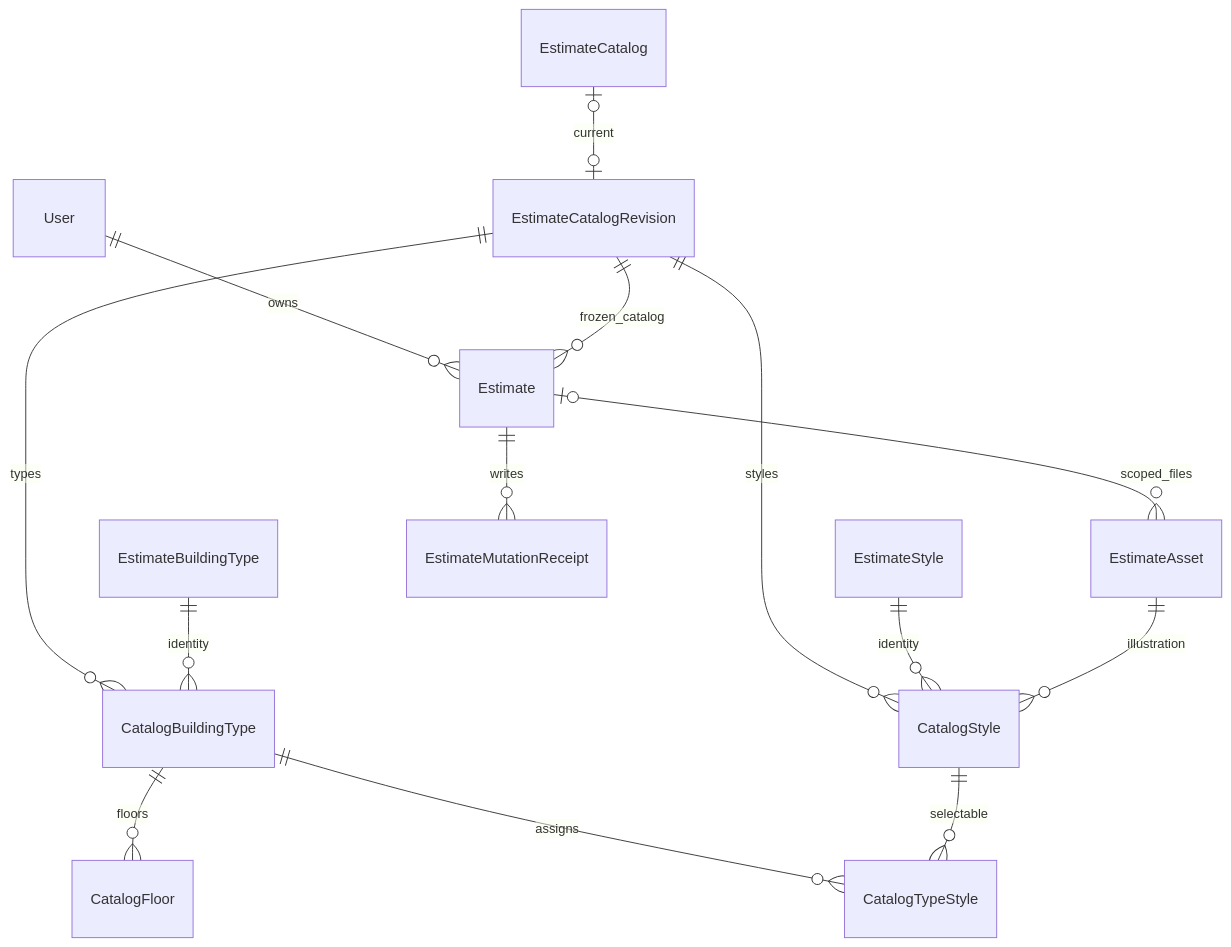
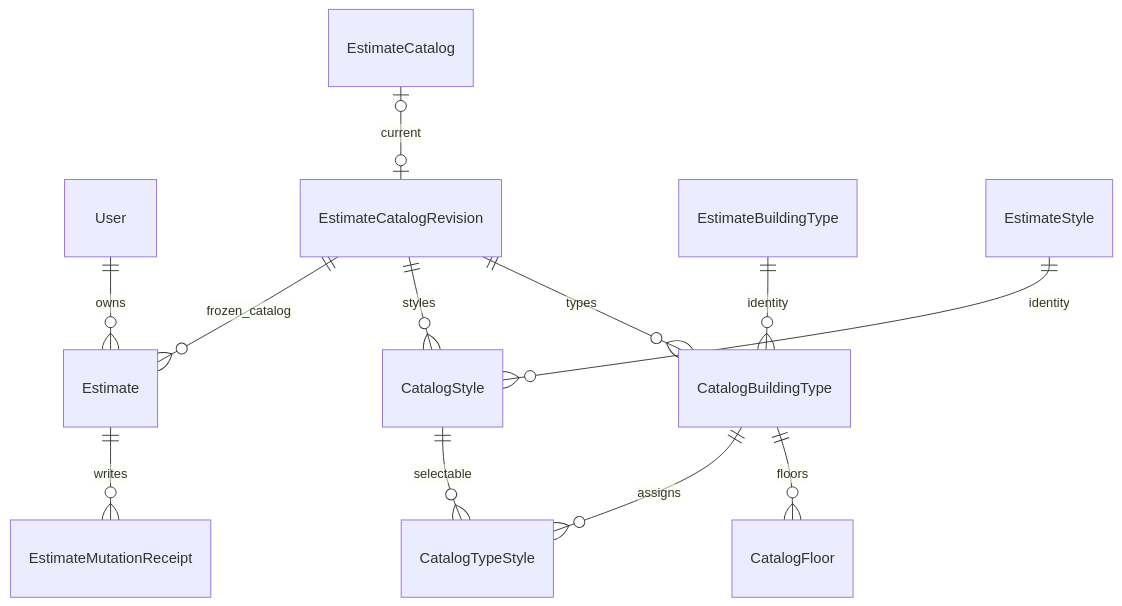
The fifth of 5 diagrams in tdd/TDD-PROJ-001.md (TaskCoper/bmt-documentation), drawn with Mermaid before and after one commit. The commit also changed other lines of this file and 14 other files, not shown here.

````diff
--- a/tdd/TDD-PROJ-001.md
+++ b/tdd/TDD-PROJ-001.md
@@ -239,16 +253,14 @@
 ```mermaid
 erDiagram
     User ||--o{ Estimate : owns
     EstimateCatalog o|--o| EstimateCatalogRevision : current
     EstimateCatalogRevision ||--o{ CatalogBuildingType : types
     EstimateCatalogRevision ||--o{ CatalogStyle : styles
     EstimateBuildingType ||--o{ CatalogBuildingType : identity
     EstimateStyle ||--o{ CatalogStyle : identity
     CatalogBuildingType ||--o{ CatalogFloor : floors
     CatalogBuildingType ||--o{ CatalogTypeStyle : assigns
     CatalogStyle ||--o{ CatalogTypeStyle : selectable
     EstimateCatalogRevision ||--o{ Estimate : frozen_catalog
     Estimate ||--o{ EstimateMutationReceipt : writes
-    Estimate o|--o{ EstimateAsset : scoped_files
-    EstimateAsset ||--o{ CatalogStyle : illustration
 ```
````
